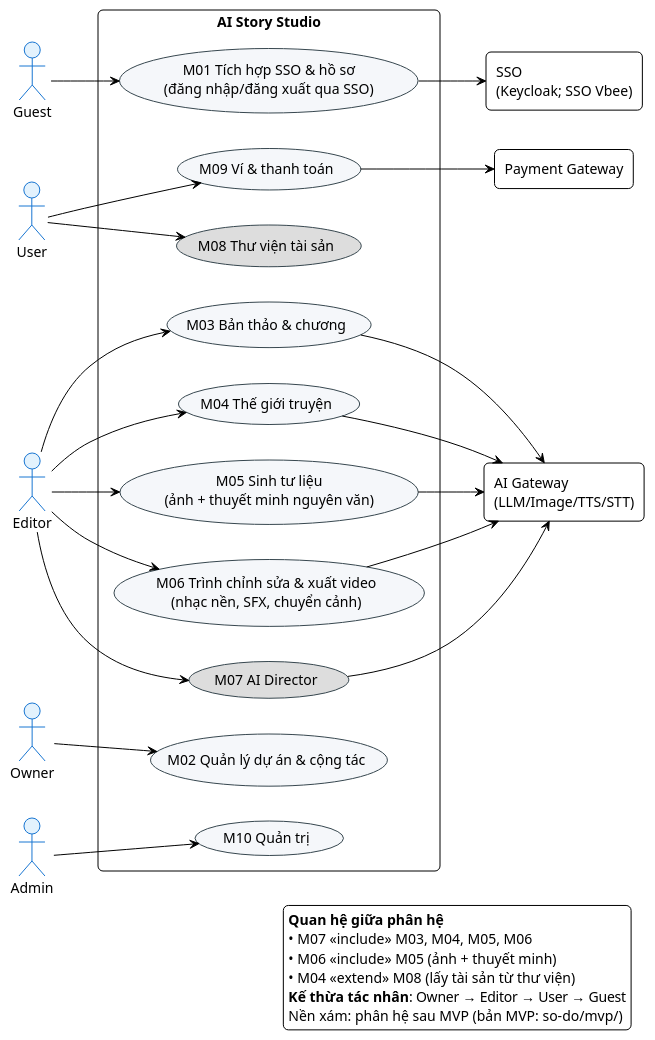
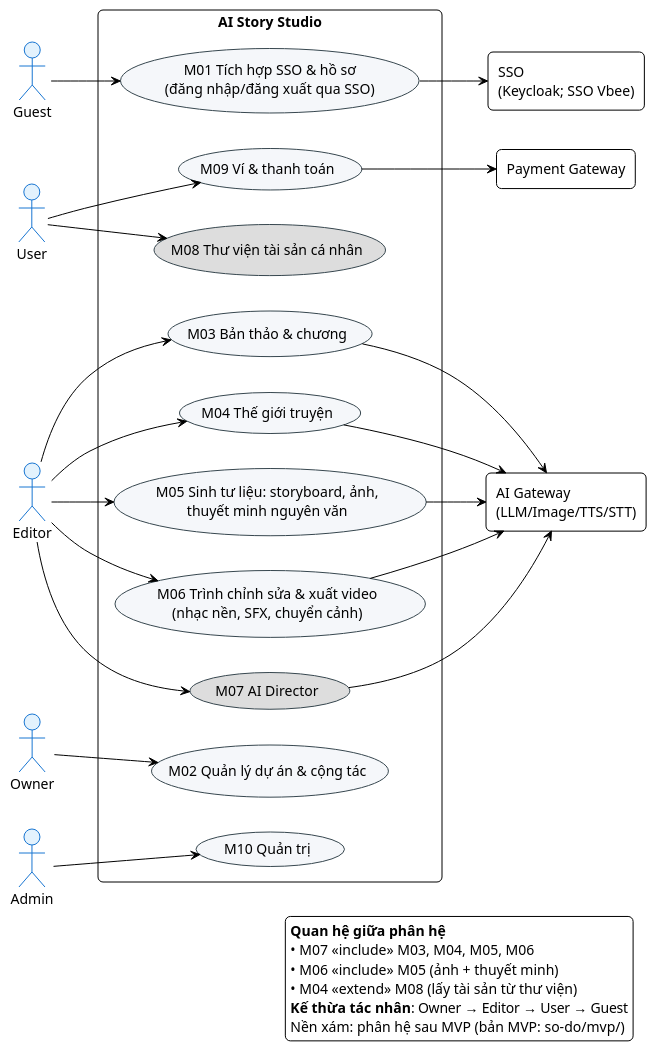
The diagram in demo-c2story/so-do/01-use-case/uc-tong-quan.puml (202416852-anhpv/story2video-docs), drawn with PlantUML before and after one commit. The commit also changed 55 other files, not shown here.

```diff
--- a/demo-c2story/so-do/01-use-case/uc-tong-quan.puml
+++ b/demo-c2story/so-do/01-use-case/uc-tong-quan.puml
@@ -1,67 +1,67 @@
 @startuml UC_TongQuan_StoryStudio
 !theme plain
 skinparam defaultFontName "Segoe UI"
 skinparam roundCorner 10
 skinparam actor {
     BackgroundColor #E3F2FD
     BorderColor #1976D2
 }
 skinparam usecase {
     BackgroundColor #F5F7FA
     BorderColor #37474F
 }
 left to right direction
 
 ' Tác nhân con người (bên trái)
 actor "Guest" as Guest
 actor "User" as User
 actor "Editor" as Editor
 actor "Owner" as Owner
 actor "Admin" as Admin
 
 rectangle "AI Story Studio" {
     usecase "M01 Tích hợp SSO & hồ sơ\n(đăng nhập/đăng xuất qua SSO)" as M01
     usecase "M09 Ví & thanh toán" as M09
-    usecase "M08 Thư viện tài sản" as M08 #DDDDDD
+    usecase "M08 Thư viện tài sản cá nhân" as M08 #DDDDDD
     usecase "M02 Quản lý dự án & cộng tác" as M02
     usecase "M03 Bản thảo & chương" as M03
     usecase "M04 Thế giới truyện" as M04
-    usecase "M05 Sinh tư liệu\n(ảnh + thuyết minh nguyên văn)" as M05
+    usecase "M05 Sinh tư liệu: storyboard, ảnh,\nthuyết minh nguyên văn" as M05
     usecase "M06 Trình chỉnh sửa & xuất video\n(nhạc nền, SFX, chuyển cảnh)" as M06
     usecase "M07 AI Director" as M07 #DDDDDD
     usecase "M10 Quản trị" as M10
 }
 
 ' Hệ thống ngoài (bên phải)
 rectangle "SSO\n(Keycloak; SSO Vbee)" as IdP
 rectangle "Payment Gateway" as Pay
 rectangle "AI Gateway\n(LLM/Image/TTS/STT)" as AI
 
 Guest --> M01
 User --> M09
 User --> M08
 Owner --> M02
 Editor --> M03
 Editor --> M04
 Editor --> M05
 Editor --> M06
 Editor --> M07
 Admin --> M10
 
 M01 --> IdP
 M09 --> Pay
 M03 --> AI
 M04 --> AI
 M05 --> AI
 M06 --> AI
 M07 --> AI
 
 legend right
   **Quan hệ giữa phân hệ**
   • M07 <<include>> M03, M04, M05, M06
   • M06 <<include>> M05 (ảnh + thuyết minh)
   • M04 <<extend>> M08 (lấy tài sản từ thư viện)
   **Kế thừa tác nhân**: Owner → Editor → User → Guest
   Nền xám: phân hệ sau MVP (bản MVP: so-do/mvp/)
 endlegend
 @enduml
```
